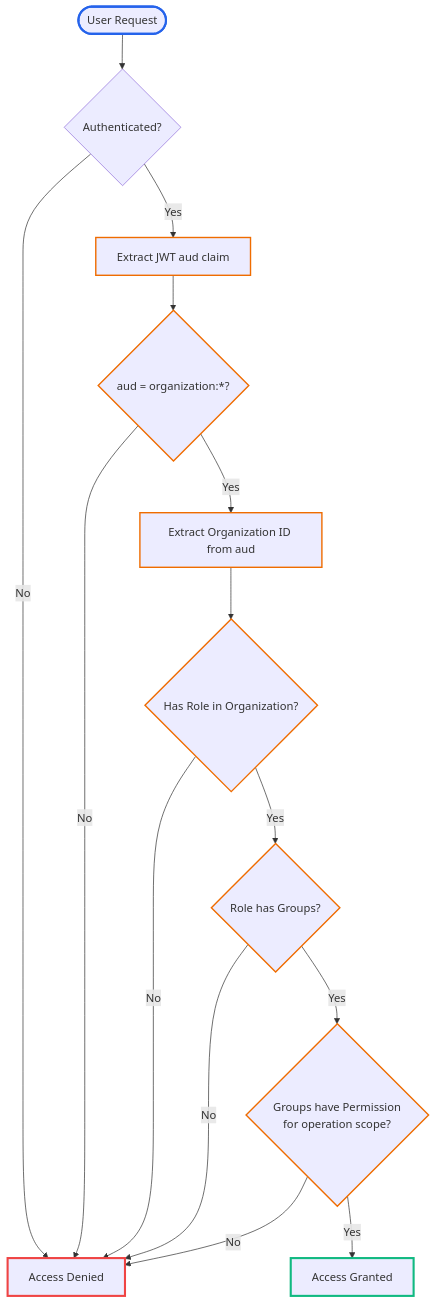
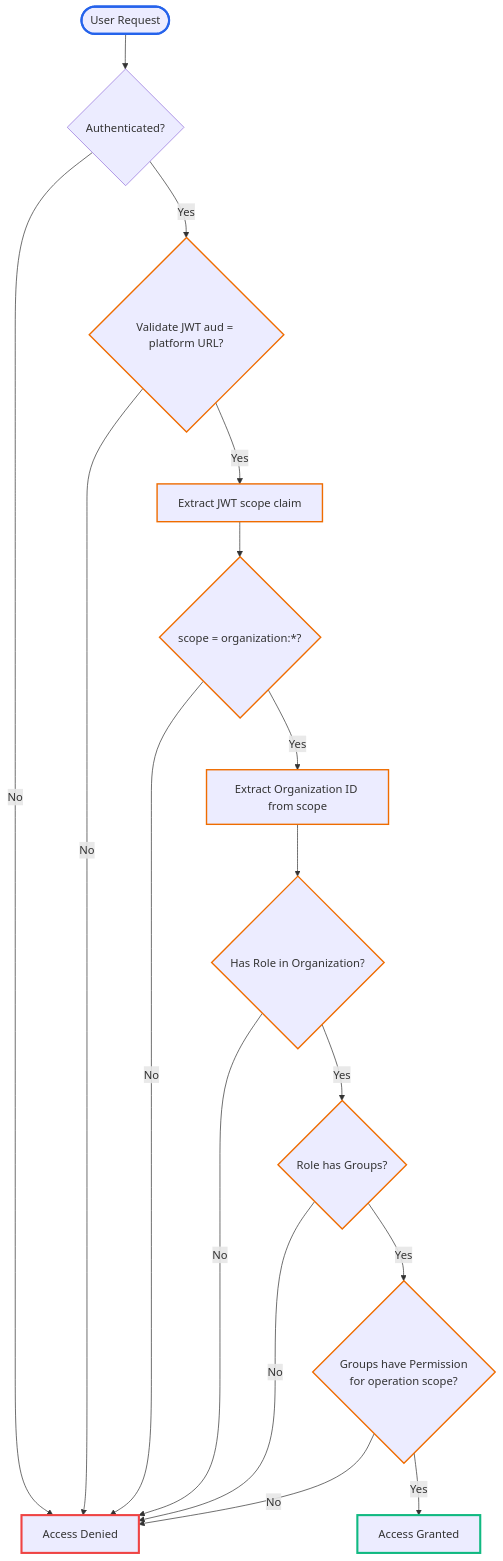
Before and after one commit to grant-js/grant: the tenth of 12 diagrams in docs/architecture/data-model.md, drawn with Mermaid. The commit also changed other lines of this file and 1791 other files, not shown here.

````diff
--- a/docs/architecture/data-model.md
+++ b/docs/architecture/data-model.md
@@ -216,26 +232,29 @@
 ```mermaid
 flowchart TD
     Start([User Request]) --> Auth{Authenticated?}
     Auth -->|No| Deny[Access Denied]
-    Auth -->|Yes| ExtractAud[Extract JWT aud claim]
-    ExtractAud --> CheckAudType{aud = organization:*?}
-    CheckAudType -->|No| Deny
-    CheckAudType -->|Yes| ExtractOrgId[Extract Organization ID from aud]
+    Auth -->|Yes| ValidateAud{Validate JWT aud = platform URL?}
+    ValidateAud -->|No| Deny
+    ValidateAud -->|Yes| ExtractScope[Extract JWT scope claim]
+    ExtractScope --> CheckScopeType{scope = organization:*?}
+    CheckScopeType -->|No| Deny
+    CheckScopeType -->|Yes| ExtractOrgId[Extract Organization ID from scope]
     ExtractOrgId --> CheckOrgRole{Has Role in Organization?}
     CheckOrgRole -->|No| Deny
     CheckOrgRole -->|Yes| CheckOrgGroup{Role has Groups?}
     CheckOrgGroup -->|No| Deny
     CheckOrgGroup -->|Yes| CheckOrgPerm{Groups have Permission<br/>for operation scope?}
     CheckOrgPerm -->|No| Deny
     CheckOrgPerm -->|Yes| Allow[Access Granted]
 
     style Start stroke:#2563eb,stroke-width:3px
     style Allow stroke:#10b981,stroke-width:3px
     style Deny stroke:#ef4444,stroke-width:3px
-    style ExtractAud stroke:#ef6c00,stroke-width:2px
-    style CheckAudType stroke:#ef6c00,stroke-width:2px
+    style ValidateAud stroke:#ef6c00,stroke-width:2px
+    style ExtractScope stroke:#ef6c00,stroke-width:2px
+    style CheckScopeType stroke:#ef6c00,stroke-width:2px
     style ExtractOrgId stroke:#ef6c00,stroke-width:2px
     style CheckOrgRole stroke:#ef6c00,stroke-width:2px
     style CheckOrgGroup stroke:#ef6c00,stroke-width:2px
     style CheckOrgPerm stroke:#ef6c00,stroke-width:2px
 ```
````
